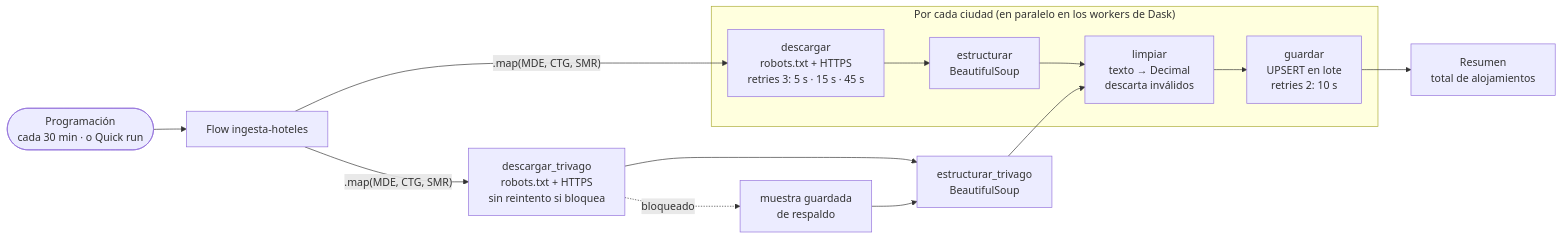
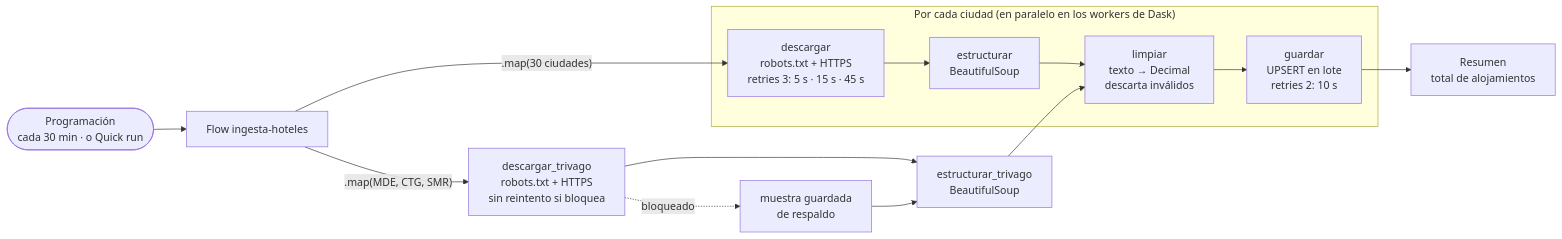
The sixth of 7 diagrams in docs/documento-tecnico.md (Yuly2222/Parcial2Patrones---WanderSync-Travel-Solutions), drawn with Mermaid before and after one commit. The commit also changed other lines of this file and 40 other files, not shown here.

````diff
--- a/docs/documento-tecnico.md
+++ b/docs/documento-tecnico.md
@@ -423,16 +461,16 @@
 ```mermaid
 flowchart LR
     S(["Programación<br/>cada 30 min · o Quick run"]) --> F["Flow ingesta-hoteles"]
-    F -->|".map(MDE, CTG, SMR)"| D1
+    F -->|".map(30 ciudades)"| D1
     subgraph ciudad["Por cada ciudad (en paralelo en los workers de Dask)"]
         D1["descargar<br/>robots.txt + HTTPS<br/>retries 3: 5 s · 15 s · 45 s"] --> E1["estructurar<br/>BeautifulSoup"]
         E1 --> L1["limpiar<br/>texto → Decimal<br/>descarta inválidos"]
         L1 --> G1["guardar<br/>UPSERT en lote<br/>retries 2: 10 s"]
     end
     F -->|".map(MDE, CTG, SMR)"| DT["descargar_trivago<br/>robots.txt + HTTPS<br/>sin reintento si bloquea"]
     DT --> T1["estructurar_trivago<br/>BeautifulSoup"]
     T1 --> L1
     DT -. "bloqueado" .-> M["muestra guardada<br/>de respaldo"]
     M --> T1
     G1 --> R["Resumen<br/>total de alojamientos"]
 ```
````
